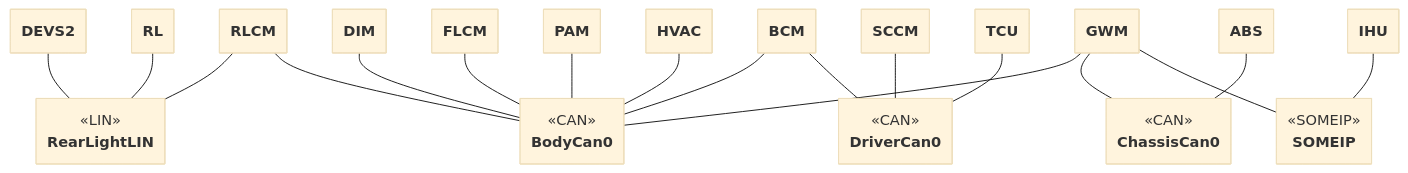
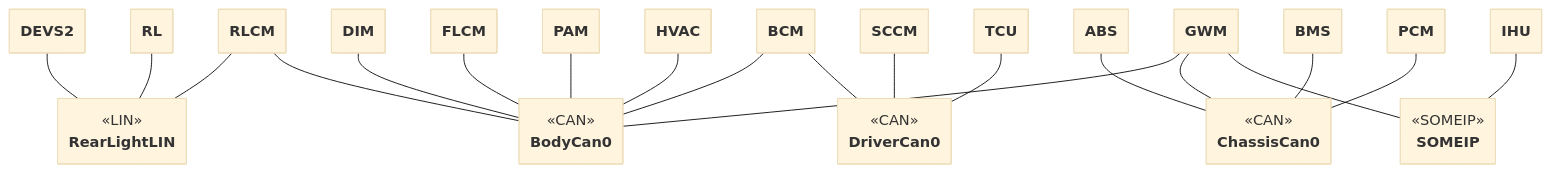
Before and after one commit to remotivelabs/remotivelabs-topology-examples: the diagram in remotive_car/DOCS.md, drawn with Mermaid (base theme). The commit also changed other lines of this file and 65 other files, not shown here.

```diff
--- a/remotive_car/DOCS.md
+++ b/remotive_car/DOCS.md
@@ -124,6 +128,12 @@
     class ABS {
     }
 
+    class BMS {
+    }
+
+    class PCM {
+    }
+
     class IHU {
     }
 
@@ -156,6 +166,10 @@
 
     ABS -- ChassisCan0
 
+    BMS -- ChassisCan0
+
+    PCM -- ChassisCan0
+
     DIM -- BodyCan0
 
     FLCM -- BodyCan0
```
